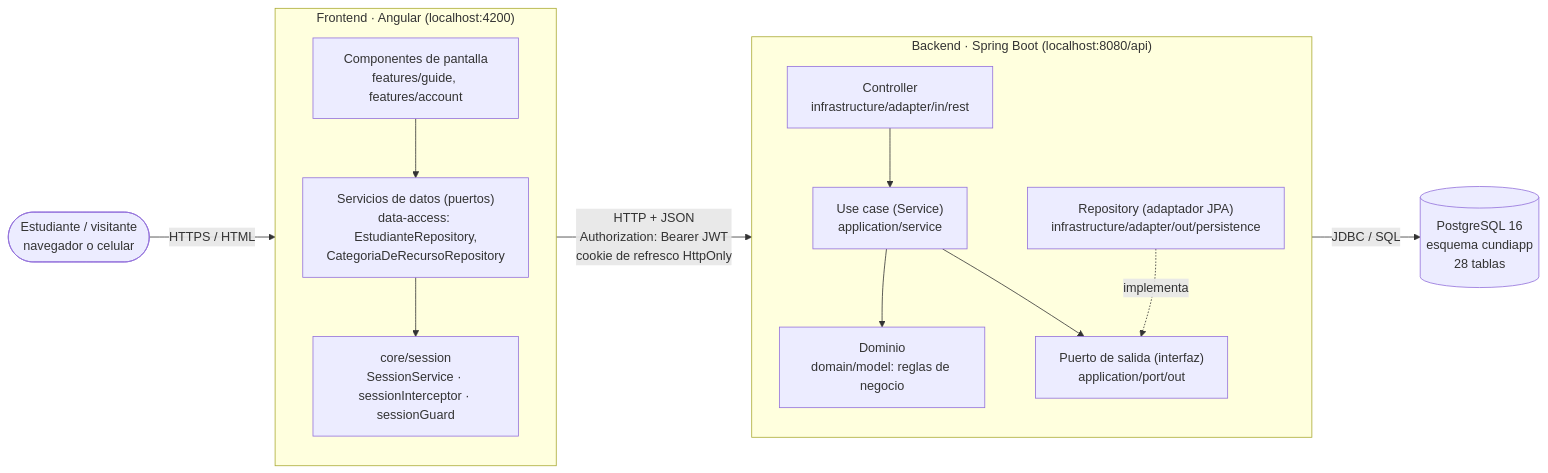
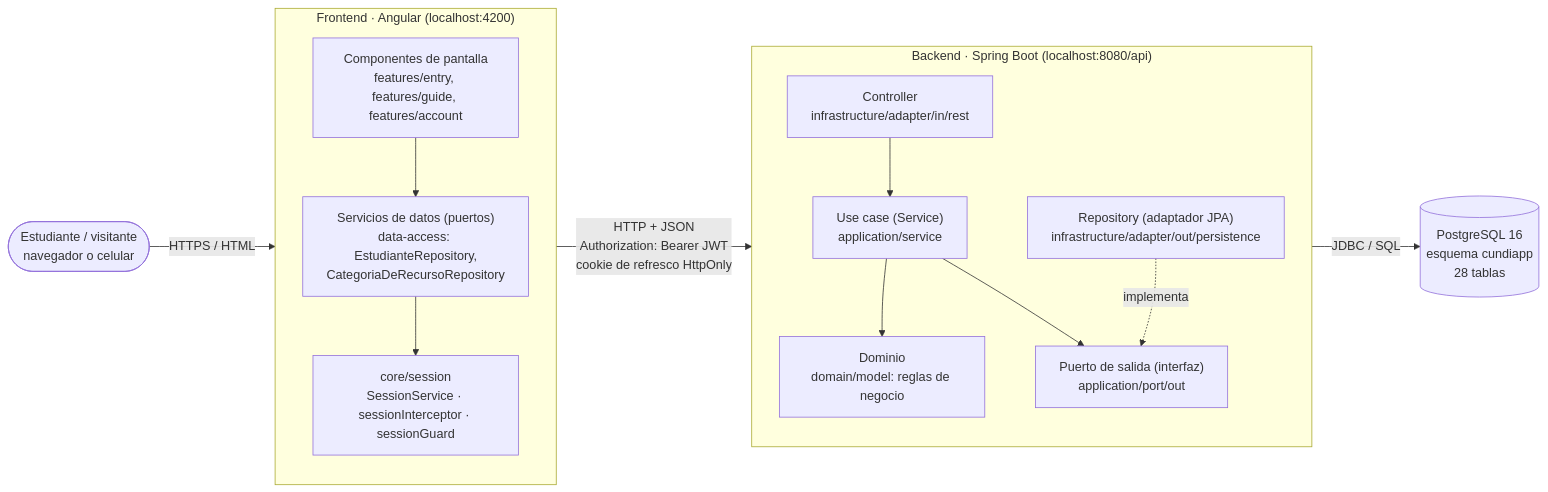
Before and after one commit to crst11/Backend: the first of 2 diagrams in docs/review-1/architecture.md, drawn with Mermaid. The commit also changed other lines of this file, not shown here.

Commit message:
docs(review): la arquitectura incluye la pantalla de entrada SCRUM-63

````diff
--- a/docs/review-1/architecture.md
+++ b/docs/review-1/architecture.md
@@ -15,30 +15,30 @@
 ```mermaid
 flowchart LR
     U(["Estudiante / visitante<br/>navegador o celular"])
 
     subgraph FE["Frontend · Angular (localhost:4200)"]
         direction TB
-        C["Componentes de pantalla<br/>features/guide, features/account"]
+        C["Componentes de pantalla<br/>features/entry, features/guide, features/account"]
         R["Servicios de datos (puertos)<br/>data-access: EstudianteRepository,<br/>CategoriaDeRecursoRepository"]
         I["core/session<br/>SessionService · sessionInterceptor · sessionGuard"]
         C --> R --> I
     end
 
     subgraph BE["Backend · Spring Boot (localhost:8080/api)"]
         direction TB
         CT["Controller<br/>infrastructure/adapter/in/rest"]
         UC["Use case (Service)<br/>application/service"]
         DM["Dominio<br/>domain/model: reglas de negocio"]
         PO["Puerto de salida (interfaz)<br/>application/port/out"]
         AD["Repository (adaptador JPA)<br/>infrastructure/adapter/out/persistence"]
         CT --> UC --> DM
         UC --> PO
         AD -. implementa .-> PO
     end
 
     DB[("PostgreSQL 16<br/>esquema cundiapp<br/>28 tablas")]
 
     U -- "HTTPS / HTML" --> C
     I -- "HTTP + JSON<br/>Authorization: Bearer JWT<br/>cookie de refresco HttpOnly" --> CT
     AD -- "JDBC / SQL" --> DB
 ```
````
